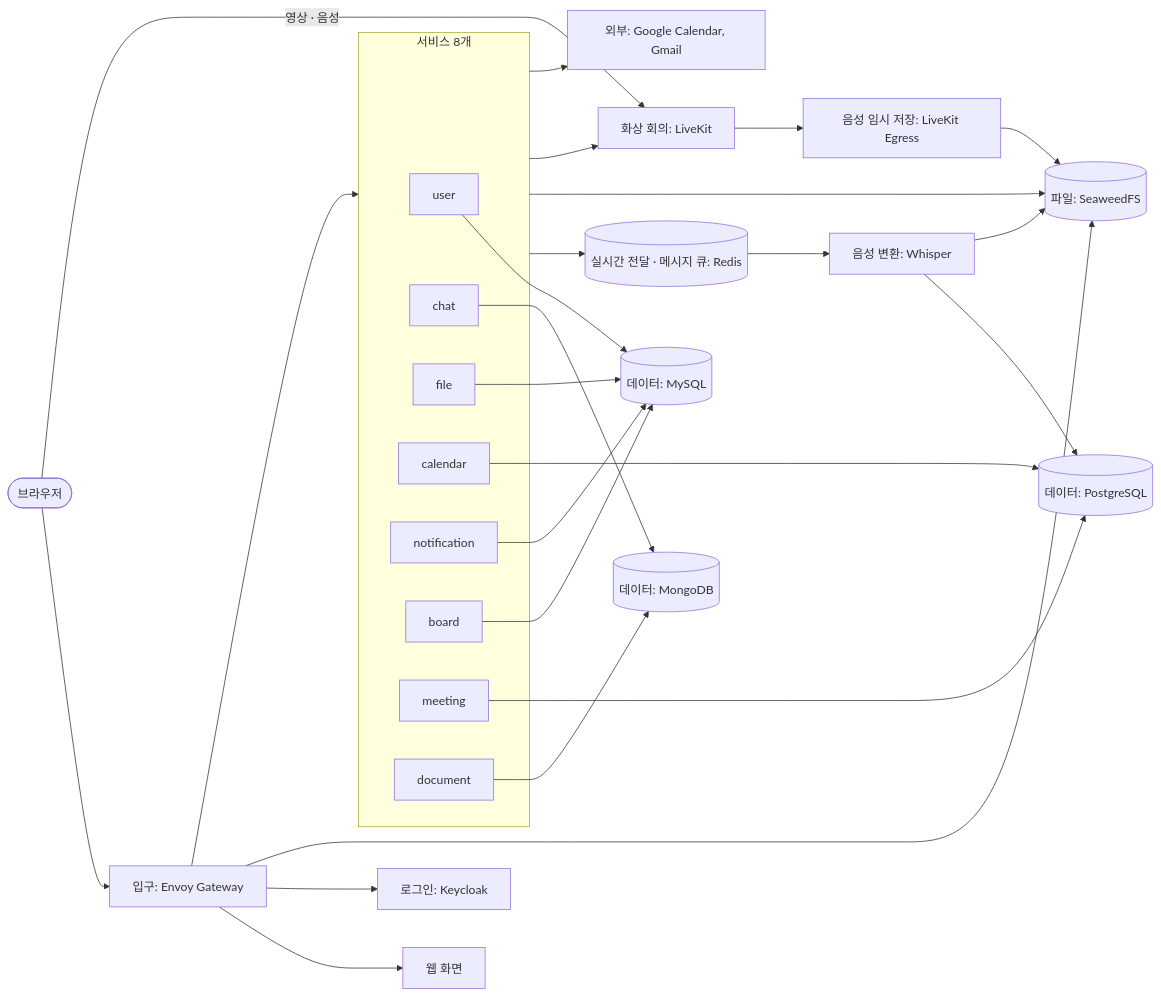
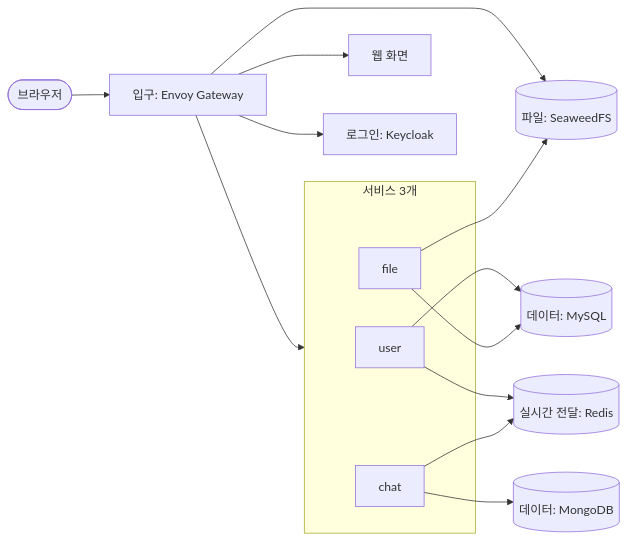
Before and after one commit to ktcloud-cloudnative-2026/team03-HelloCloud: the second of 4 diagrams in docs/architecture.md, drawn with Mermaid. The commit also changed other lines of this file and 1 other file, not shown here.

First line of the commit message:
docs: 아키텍처를 서비스 3개 범위로 정리, README 보드 이름 수정 (#72)

````diff
--- a/docs/architecture.md
+++ b/docs/architecture.md
@@ -24,31 +22,17 @@
 ```mermaid
 flowchart LR
-  subgraph apps[서비스 8개]
+  subgraph apps[서비스 3개]
     us[user]
     cs[chat]
     fs[file]
-    cal[calendar]
-    ns[notification]
-    bs[board]
-    ms[meeting]
-    ds[document]
   end
   user([브라우저]) --> gw[입구: Envoy Gateway]
-  user -->|영상 · 음성| lk[화상 회의: LiveKit]
   gw --> web[웹 화면]
   gw --> kc[로그인: Keycloak]
   gw --> apps
   gw --> sw[(파일: SeaweedFS)]
-  us & fs & ns & bs --> my[(데이터: MySQL)]
-  cal & ms --> pg[(데이터: PostgreSQL)]
-  cs & ds --> mg[(데이터: MongoDB)]
-  apps --> rd[(실시간 전달 · 메시지 큐: Redis)]
-  apps --> sw
-  apps --> lk
-  rd --> wh[음성 변환: Whisper]
-  wh --> pg
-  lk --> eg[음성 임시 저장: LiveKit Egress]
-  eg --> sw
-  wh --> sw
-  apps --> ext[외부: Google Calendar, Gmail]
+  us & fs --> my[(데이터: MySQL)]
+  cs --> mg[(데이터: MongoDB)]
+  us & cs --> rd[(실시간 전달: Redis)]
+  fs --> sw
 ```
````
